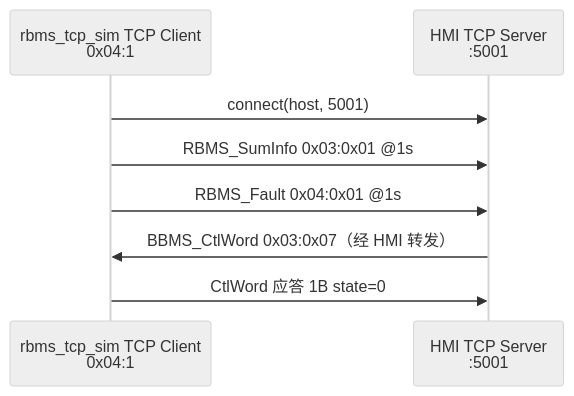
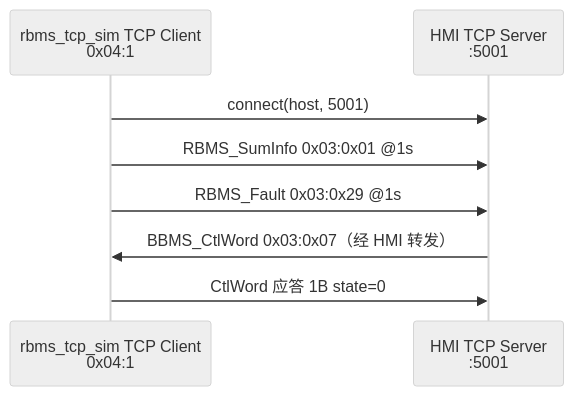
Before and after one commit to ffsxsy/py_work_script_repo: the second of 3 diagrams in 4.rbms_tcp_sim/docs/PLAN.md, drawn with Mermaid (neutral theme). The commit also changed other lines of this file and 16 other files, not shown here.

First line of the commit message:
更新 4.rbms_tcp_sim：CLI 模式、配置与 Matrix 集成

````diff
--- a/4.rbms_tcp_sim/docs/PLAN.md
+++ b/4.rbms_tcp_sim/docs/PLAN.md
@@ -84,11 +84,11 @@
 ```mermaid
 sequenceDiagram
     participant Sim as rbms_tcp_sim TCP Client<br/>0x04:1
     participant HMI as HMI TCP Server<br/>:5001
 
     Sim->>HMI: connect(host, 5001)
     Sim->>HMI: RBMS_SumInfo 0x03:0x01 @1s
-    Sim->>HMI: RBMS_Fault 0x04:0x01 @1s
+    Sim->>HMI: RBMS_Fault 0x03:0x29 @1s
     HMI->>Sim: BBMS_CtlWord 0x03:0x07（经 HMI 转发）
     Sim->>HMI: CtlWord 应答 1B state=0
 ```
````
